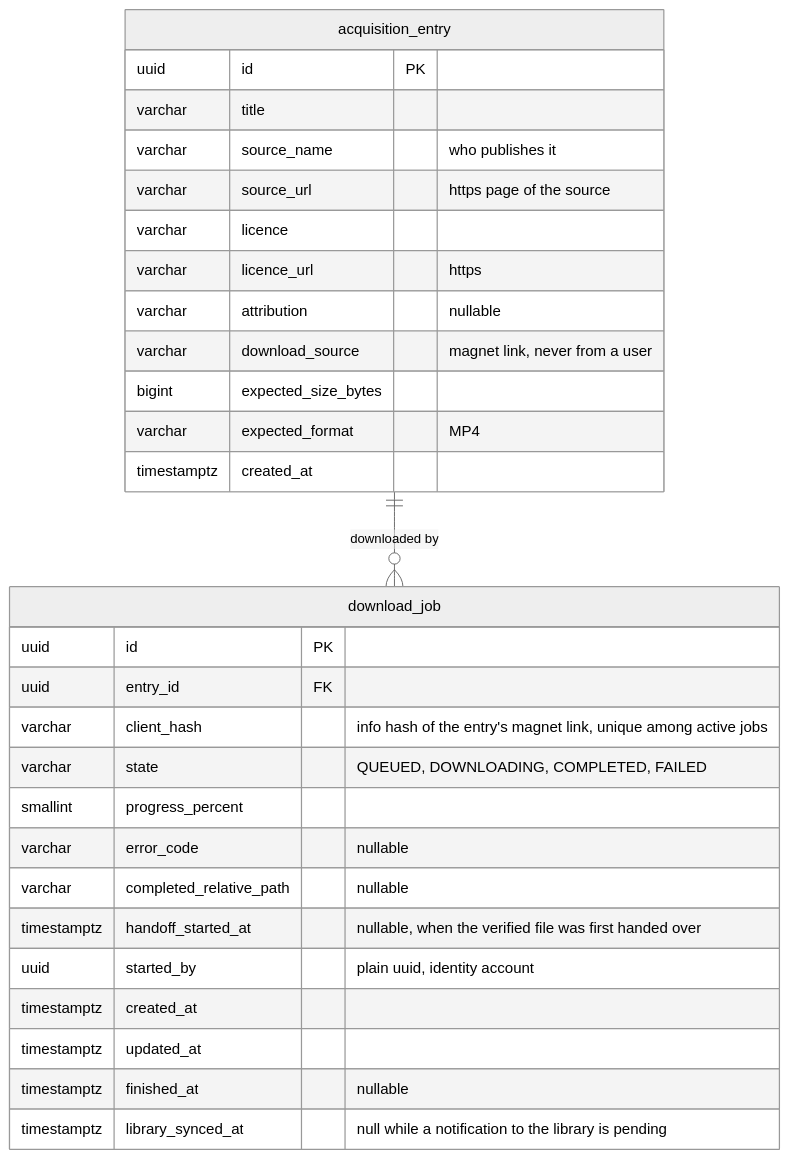
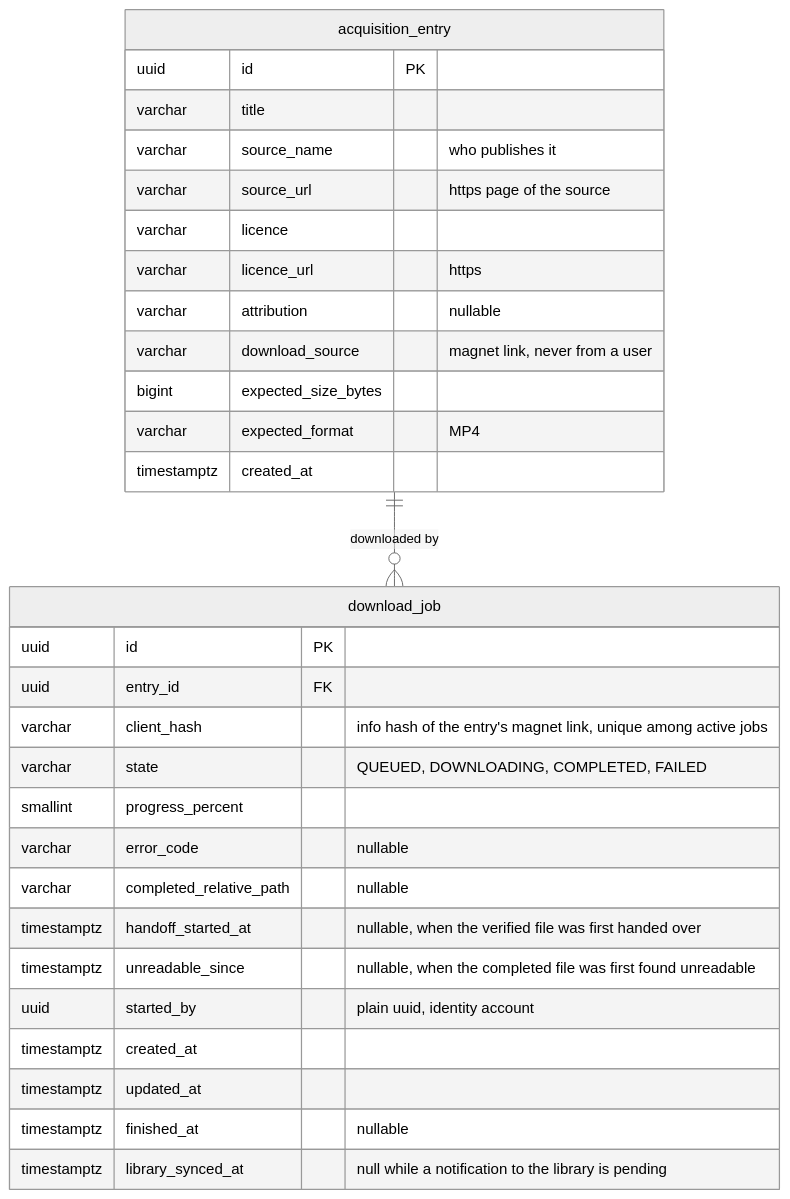
One commit to ClaymeCall/holbertonschool-homeflix-project changed the third of 3 diagrams in docs/architecture/data-model.md. Above: the diagram before and after it, drawn with Mermaid (neutral theme). The commit also changed other lines of this file and 7 other files, not shown here.

First line of the commit message:
fix(acquisition): fail a completed file that stays unreadable

````diff
--- a/docs/architecture/data-model.md
+++ b/docs/architecture/data-model.md
@@ -155,33 +155,34 @@
 ```mermaid
 erDiagram
     acquisition_entry ||--o{ download_job : "downloaded by"
 
     acquisition_entry {
         uuid id PK
         varchar title
         varchar source_name "who publishes it"
         varchar source_url "https page of the source"
         varchar licence
         varchar licence_url "https"
         varchar attribution "nullable"
         varchar download_source "magnet link, never from a user"
         bigint expected_size_bytes
         varchar expected_format "MP4"
         timestamptz created_at
     }
     download_job {
         uuid id PK
         uuid entry_id FK
         varchar client_hash "info hash of the entry's magnet link, unique among active jobs"
         varchar state "QUEUED, DOWNLOADING, COMPLETED, FAILED"
         smallint progress_percent
         varchar error_code "nullable"
         varchar completed_relative_path "nullable"
         timestamptz handoff_started_at "nullable, when the verified file was first handed over"
+        timestamptz unreadable_since "nullable, when the completed file was first found unreadable"
         uuid started_by "plain uuid, identity account"
         timestamptz created_at
         timestamptz updated_at
         timestamptz finished_at "nullable"
         timestamptz library_synced_at "null while a notification to the library is pending"
     }
 ```
````
